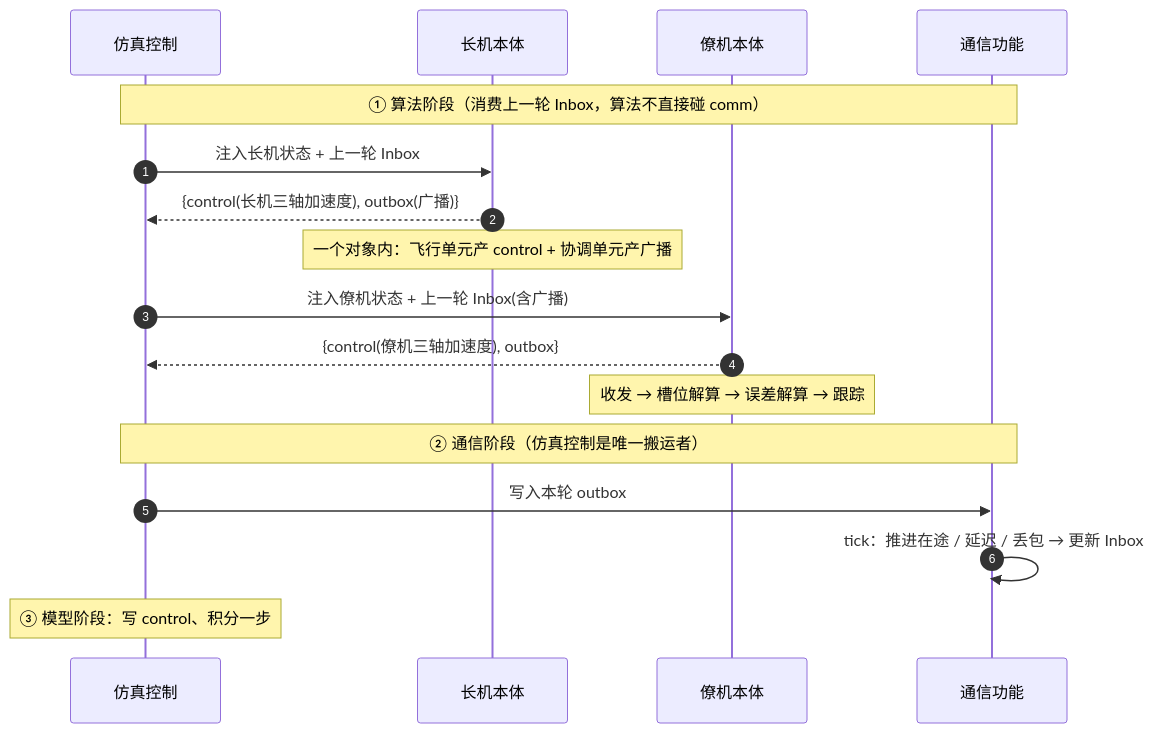
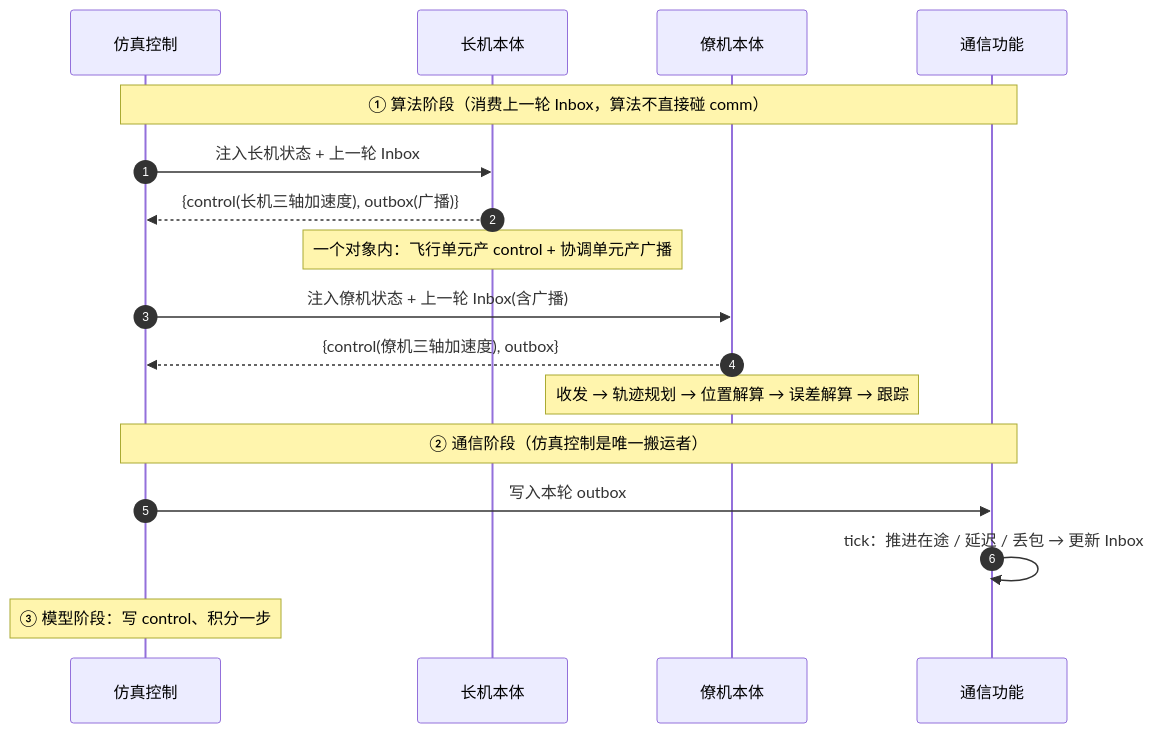
The second of 2 diagrams in docs/3-编队算法设计文档/0-HLD.md (tanqingkuang/-), drawn with Mermaid before and after one commit. The commit also changed other lines of this file and 8 other files, not shown here.

````diff
--- a/docs/3-编队算法设计文档/0-HLD.md
+++ b/docs/3-编队算法设计文档/0-HLD.md
@@ -75,20 +92,20 @@
 ```mermaid
 sequenceDiagram
     autonumber
     participant SC as 仿真控制
     participant LE as 长机本体
     participant WE as 僚机本体
     participant CM as 通信功能
 
     Note over SC,CM: ① 算法阶段（消费上一轮 Inbox，算法不直接碰 comm）
     SC->>LE: 注入长机状态 + 上一轮 Inbox
     LE-->>SC: {control(长机三轴加速度), outbox(广播)}
     Note over LE: 一个对象内：飞行单元产 control + 协调单元产广播
     SC->>WE: 注入僚机状态 + 上一轮 Inbox(含广播)
     WE-->>SC: {control(僚机三轴加速度), outbox}
-    Note over WE: 收发 → 槽位解算 → 误差解算 → 跟踪
+    Note over WE: 收发 → 轨迹规划 → 位置解算 → 误差解算 → 跟踪
     Note over SC,CM: ② 通信阶段（仿真控制是唯一搬运者）
     SC->>CM: 写入本轮 outbox
     CM->>CM: tick：推进在途 / 延迟 / 丢包 → 更新 Inbox
     Note over SC: ③ 模型阶段：写 control、积分一步
 ```
````
